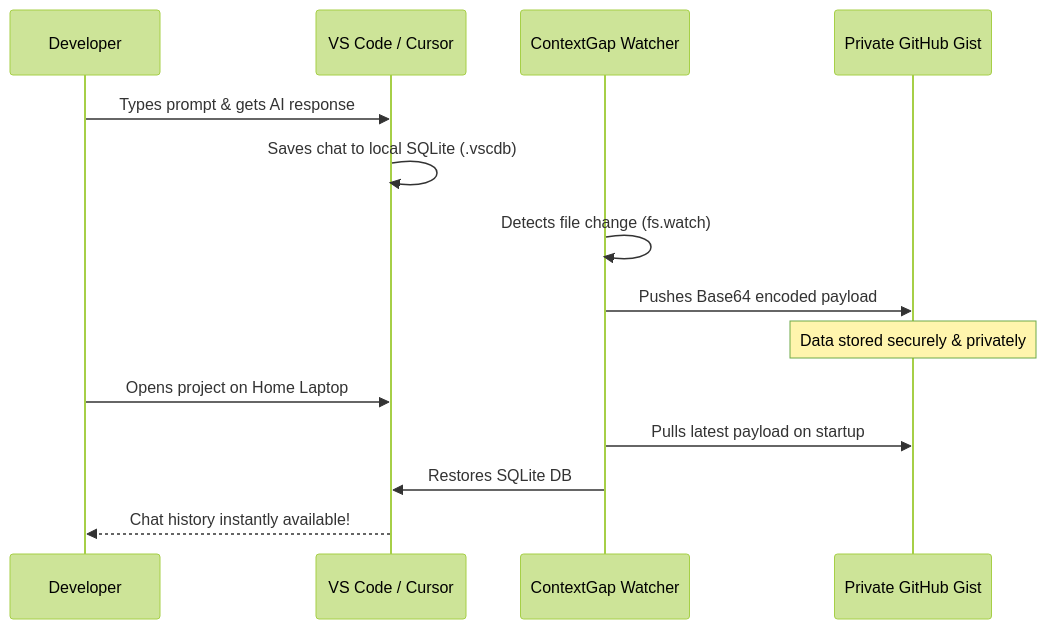
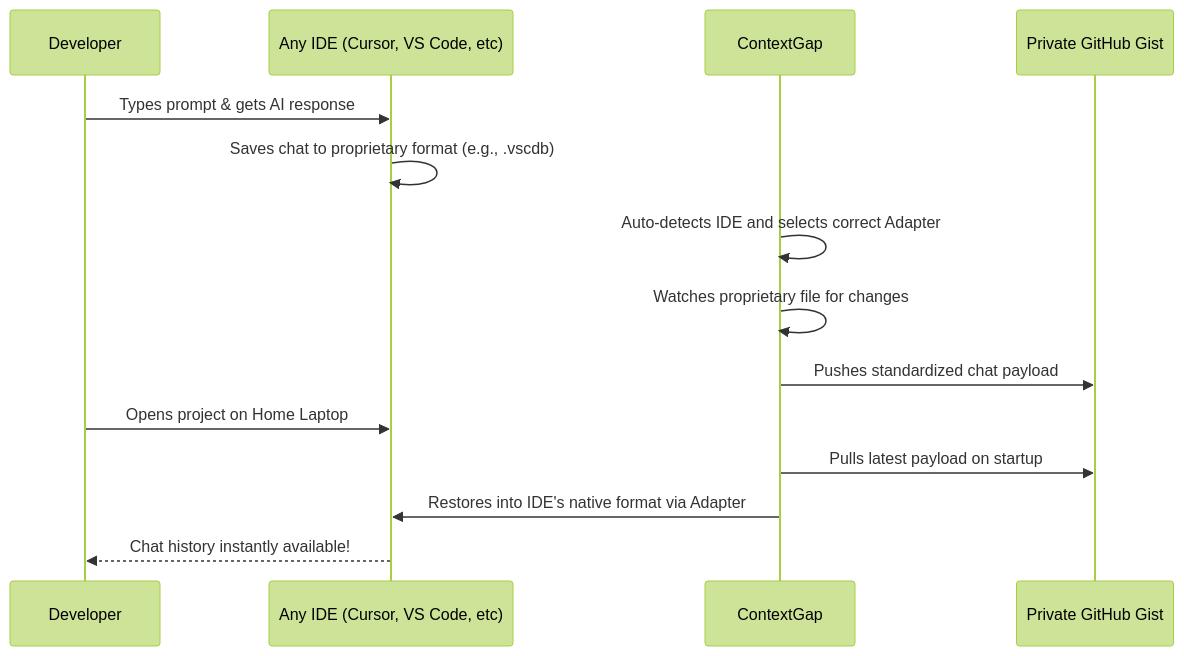
Before and after one commit to Diwakar-odds/AI_Chat_Sync: the diagram in extension/README.md, drawn with Mermaid (forest theme). The commit also changed other lines of this file and 4 other files, not shown here.

Commit message:
feat: implement universal IDE detection engine and base configuration for cross-platform AI chat synchronization

````diff
--- a/extension/README.md
+++ b/extension/README.md
@@ -57,18 +75,18 @@
 ```mermaid
 sequenceDiagram
     participant Dev as Developer
-    participant IDE as VS Code / Cursor
-    participant CG as ContextGap Watcher
+    participant IDE as Any IDE (Cursor, VS Code, etc)
+    participant CG as ContextGap
     participant Gist as Private GitHub Gist
     
     Dev->>IDE: Types prompt & gets AI response
-    IDE->>IDE: Saves chat to local SQLite (.vscdb)
-    CG->>CG: Detects file change (fs.watch)
-    CG->>Gist: Pushes Base64 encoded payload
-    Note over Gist: Data stored securely & privately
+    IDE->>IDE: Saves chat to proprietary format (e.g., .vscdb)
+    CG->>CG: Auto-detects IDE and selects correct Adapter
+    CG->>CG: Watches proprietary file for changes
+    CG->>Gist: Pushes standardized chat payload
     
     Dev->>IDE: Opens project on Home Laptop
     CG->>Gist: Pulls latest payload on startup
-    CG->>IDE: Restores SQLite DB
+    CG->>IDE: Restores into IDE's native format via Adapter
     IDE-->>Dev: Chat history instantly available!
 ```
````
